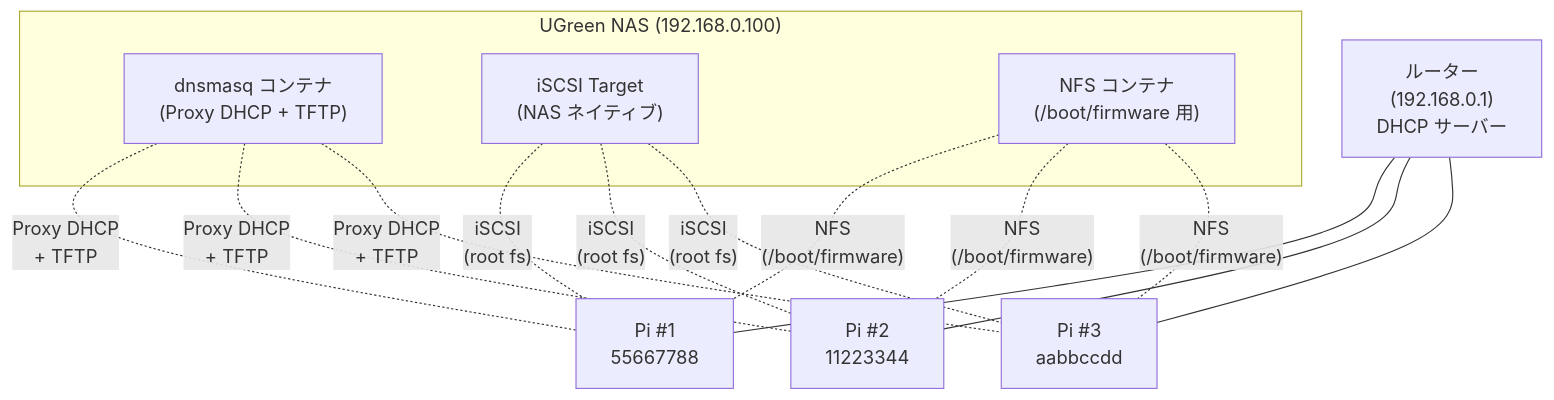
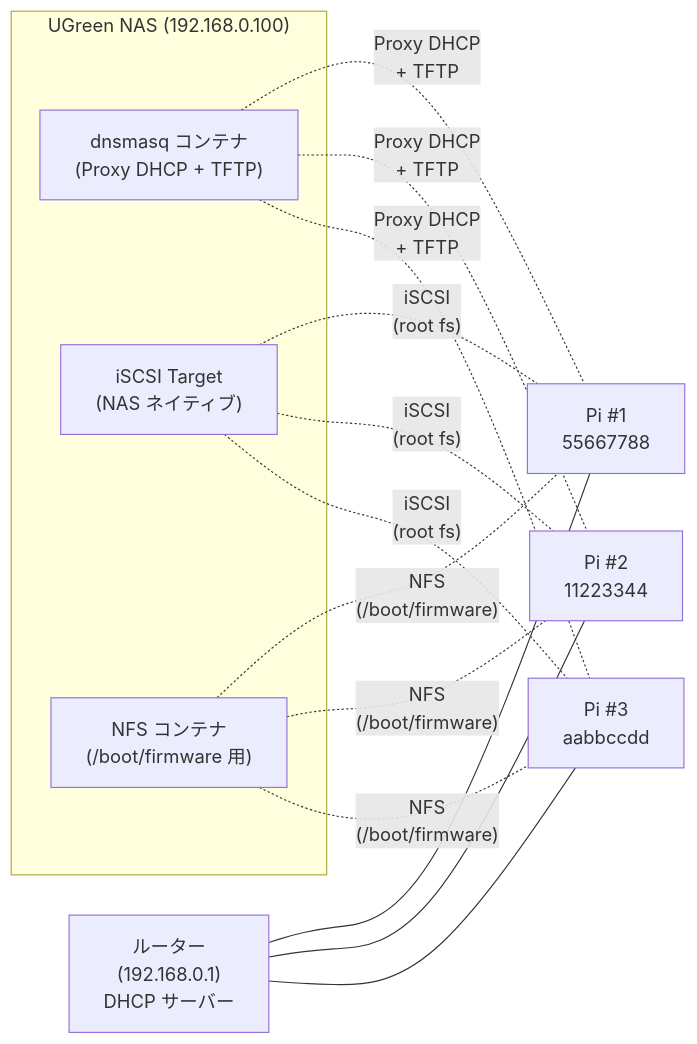
The second of 3 diagrams in articles/raspberry-pi-pxe-iscsi-boot.md (korosuke613/zenn-articles), drawn with Mermaid before and after one commit. The commit also changed other lines of this file and 1 other file, not shown here.

````diff
--- a/articles/raspberry-pi-pxe-iscsi-boot.md
+++ b/articles/raspberry-pi-pxe-iscsi-boot.md
@@ -100,19 +100,19 @@
 ```mermaid
-graph TB
+graph LR
     Router["ルーター<br/>(192.168.0.1)<br/>DHCP サーバー"]
 
     subgraph NAS["UGreen NAS (192.168.0.100)"]
         dnsmasq["dnsmasq コンテナ<br/>(Proxy DHCP + TFTP)"]
         iscsi["iSCSI Target<br/>(NAS ネイティブ)"]
         nfs["NFS コンテナ<br/>(/boot/firmware 用)"]
     end
 
     Pi1["Pi #1<br/>55667788"]
     Pi2["Pi #2<br/>11223344"]
     Pi3["Pi #3<br/>aabbccdd"]
 
     Router --- Pi1 & Pi2 & Pi3
     dnsmasq -. "Proxy DHCP<br/>+ TFTP" .- Pi1 & Pi2 & Pi3
     iscsi -. "iSCSI<br/>(root fs)" .- Pi1 & Pi2 & Pi3
     nfs -. "NFS<br/>(/boot/firmware)" .- Pi1 & Pi2 & Pi3
 ```
````
